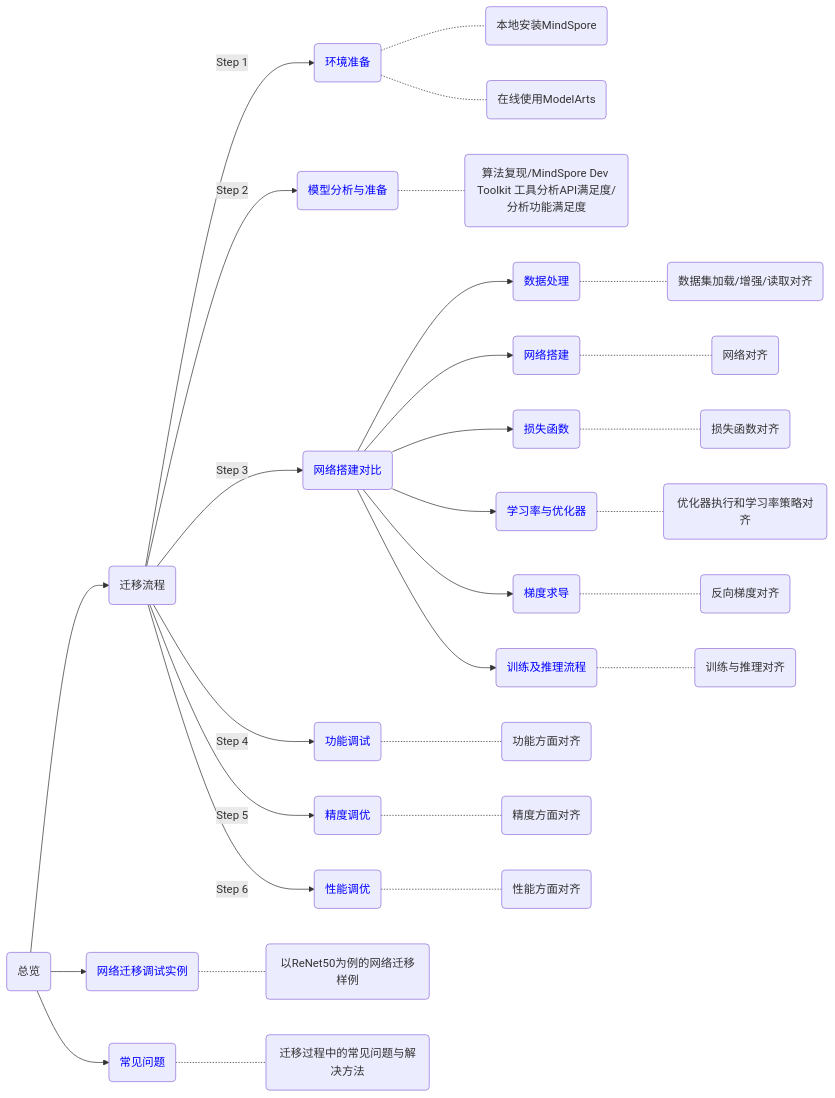
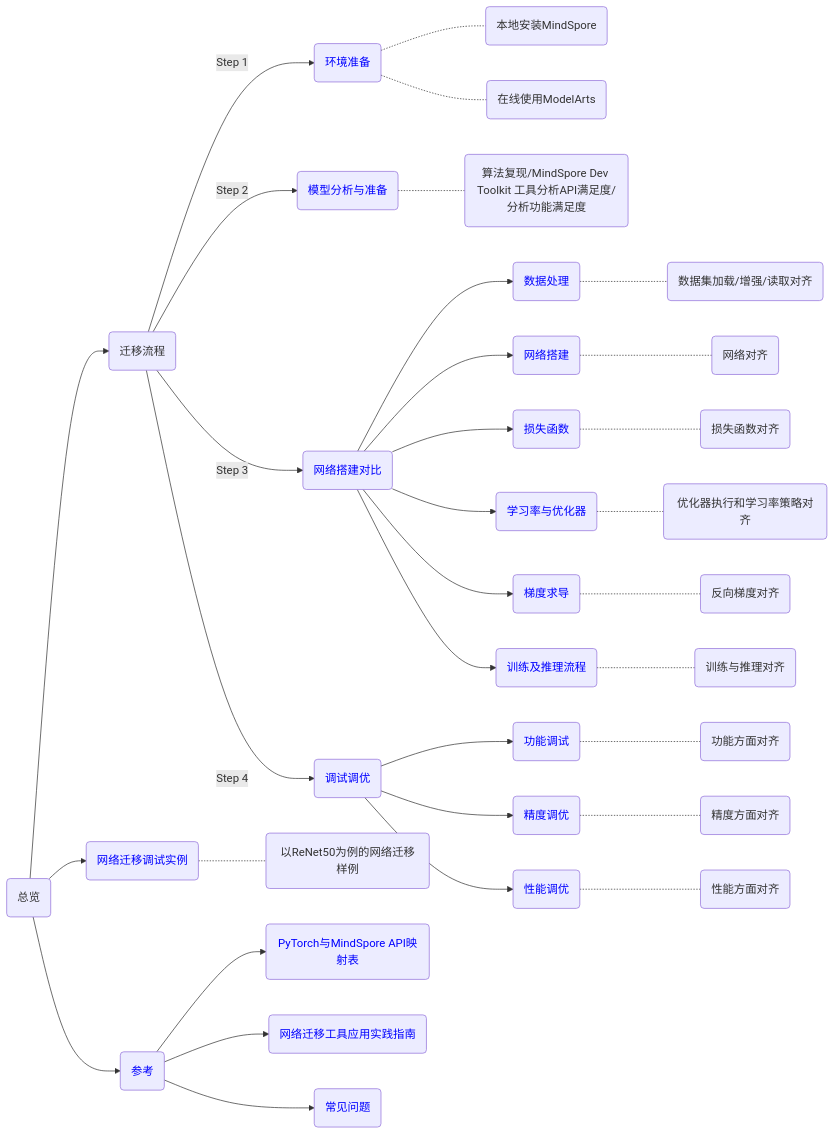
The diagram in docs/mindspore/source_zh_cn/migration_guide/overview.md (mindspore-ai/docs), drawn with Mermaid before and after one commit. The commit also changed 20 other files, not shown here.

Commit message:
modify err format and mermaid

````diff
--- a/docs/mindspore/source_zh_cn/migration_guide/overview.md
+++ b/docs/mindspore/source_zh_cn/migration_guide/overview.md
@@ -7,49 +7,58 @@
 ```{mermaid}
-graph LR
+flowchart LR
 A(总览)-->B(迁移流程)
 B-->|Step 1|E(<font color=blue>环境准备</font>)
 E-.-text1(本地安装MindSpore)
 E-.-text2(在线使用ModelArts)
 B-->|Step 2|F(<font color=blue>模型分析与准备</font>)
 F-.-text3(算法复现/MindSpore Dev Toolkit 工具分析API满足度/分析功能满足度)
 B-->|Step 3|G(<font color=blue>网络搭建对比</font>)
-G-->K(<font color=blue>数据处理</font>)
-K-.-text4(数据集加载/增强/读取对齐)
-G-->L(<font color=blue>网络搭建</font>)
-L-.-text5(网络对齐)
-G-->P(<font color=blue>损失函数</font>)
-P-.-text6(损失函数对齐)
-G-->M(<font color=blue>学习率与优化器</font>)
-M-.-text7(优化器执行和学习率策略对齐)
-G-->N(<font color=blue>梯度求导</font>)
-N-.-text8(反向梯度对齐)
-G-->O(<font color=blue>训练及推理流程</font>)
-O-.-text9(训练与推理对齐)
-B-->|Step 4|H(<font color=blue>功能调试</font>)
-H-.-text10(功能方面对齐)
-B-->|Step 5|I(<font color=blue>精度调优</font>)
-I-.-text11(精度方面对齐)
-B-->|Step 6|J(<font color=blue>性能调优</font>)
-J-.-text12(性能方面对齐)
+G-->I(<font color=blue>数据处理</font>)
+I-.-text4(数据集加载/增强/读取对齐)
+G-->J(<font color=blue>网络搭建</font>)
+J-.-text5(网络对齐)
+G-->K(<font color=blue>损失函数</font>)
+K-.-text6(损失函数对齐)
+G-->L(<font color=blue>学习率与优化器</font>)
+L-.-text7(优化器执行和学习率策略对齐)
+G-->M(<font color=blue>梯度求导</font>)
+M-.-text8(反向梯度对齐)
+G-->N(<font color=blue>训练及推理流程</font>)
+N-.-text9(训练与推理对齐)
+B-->|Step 4|H(<font color=blue>调试调优</font>)
+H-->O(<font color=blue>功能调试</font>)
+O-.-text10(功能方面对齐)
+H-->P(<font color=blue>精度调优</font>)
+P-.-text11(精度方面对齐)
+H-->Q(<font color=blue>性能调优</font>)
+Q-.-text12(性能方面对齐)
 A-->C(<font color=blue>网络迁移调试实例</font>)
 C-.-text13(以ReNet50为例的网络迁移样例)
-A-->D(<font color=blue>常见问题</font>)
-D-.-text14(迁移过程中的常见问题与解决方法)
+A-->D(<font color=blue>参考</font>)
+D-->R(<font color=blue>PyTorch与MindSpore API映射表</font>)
+D-->S(<font color=blue>网络迁移工具应用实践指南</font>)
+D-->T(<font color=blue>常见问题</font>)
 
 click C "https://www.mindspore.cn/docs/zh-CN/r2.4.0/migration_guide/sample_code.html"
-click D "https://www.mindspore.cn/docs/zh-CN/r2.4.0/migration_guide/faq.html"
+click D "https://www.mindspore.cn/docs/zh-CN/r2.4.0/migration_guide/reference.html"
 
 click E "https://www.mindspore.cn/docs/zh-CN/r2.4.0/migration_guide/enveriment_preparation.html"
 click F "https://www.mindspore.cn/docs/zh-CN/r2.4.0/migration_guide/analysis_and_preparation.html"
 click G "https://www.mindspore.cn/docs/zh-CN/r2.4.0/migration_guide/model_development/model_development.html"
-click H "https://www.mindspore.cn/docs/zh-CN/r2.4.0/migration_guide/debug_and_tune.html#功能调试"
-click I "https://www.mindspore.cn/docs/zh-CN/r2.4.0/migration_guide/debug_and_tune.html#精度调优"
-click J "https://www.mindspore.cn/docs/zh-CN/r2.4.0/migration_guide/debug_and_tune.html#性能调优"
+click H "https://www.mindspore.cn/docs/zh-CN/r2.4.0/migration_guide/debug_and_tune.html#调试调优"
 
-click K "https://www.mindspore.cn/docs/zh-CN/r2.4.0/migration_guide/model_development/dataset.html"
-click L "https://www.mindspore.cn/docs/zh-CN/r2.4.0/migration_guide/model_development/model_and_cell.html"
-click M "https://www.mindspore.cn/docs/zh-CN/r2.4.0/migration_guide/model_development/learning_rate_and_optimizer.html"
-click N "https://www.mindspore.cn/docs/zh-CN/r2.4.0/migration_guide/model_development/gradient.html"
-click O "https://www.mindspore.cn/docs/zh-CN/r2.4.0/migration_guide/model_development/training_and_evaluation.html"
-click P "https://www.mindspore.cn/docs/zh-CN/r2.4.0/migration_guide/model_development/loss_function.html"
+click I "https://www.mindspore.cn/docs/zh-CN/r2.4.0/migration_guide/model_development/dataset.html"
+click J "https://www.mindspore.cn/docs/zh-CN/r2.4.0/migration_guide/model_development/model_and_cell.html"
+click K "https://www.mindspore.cn/docs/zh-CN/r2.4.0/migration_guide/model_development/loss_function.html"
+click L "https://www.mindspore.cn/docs/zh-CN/r2.4.0/migration_guide/model_development/learning_rate_and_optimizer.html"
+click M "https://www.mindspore.cn/docs/zh-CN/r2.4.0/migration_guide/model_development/gradient.html"
+click N "https://www.mindspore.cn/docs/zh-CN/r2.4.0/migration_guide/model_development/training_and_evaluation.html"
+
+click O "https://www.mindspore.cn/docs/zh-CN/r2.4.0/migration_guide/debug_and_tune.html#功能调试"
+click P "https://www.mindspore.cn/docs/zh-CN/r2.4.0/migration_guide/debug_and_tune.html#精度调优"
+click Q "https://www.mindspore.cn/docs/zh-CN/r2.4.0/migration_guide/debug_and_tune.html#性能调优"
+
+click R "https://www.mindspore.cn/docs/zh-CN/r2.4.0/note/api_mapping/pytorch_api_mapping.html"
+click S "https://www.mindspore.cn/docs/zh-CN/r2.4.0/migration_guide/migrator_with_tools.html"
+click T "https://www.mindspore.cn/docs/zh-CN/r2.4.0/migration_guide/faq.html"
 ```
````
